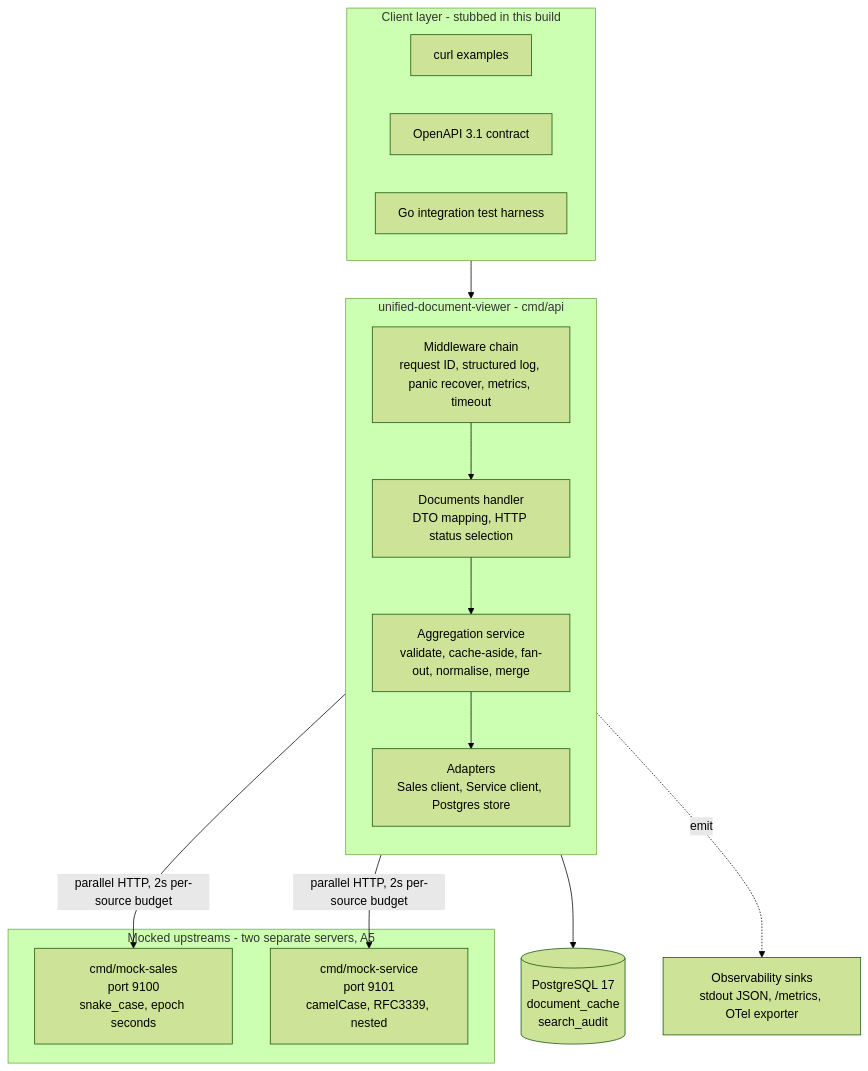
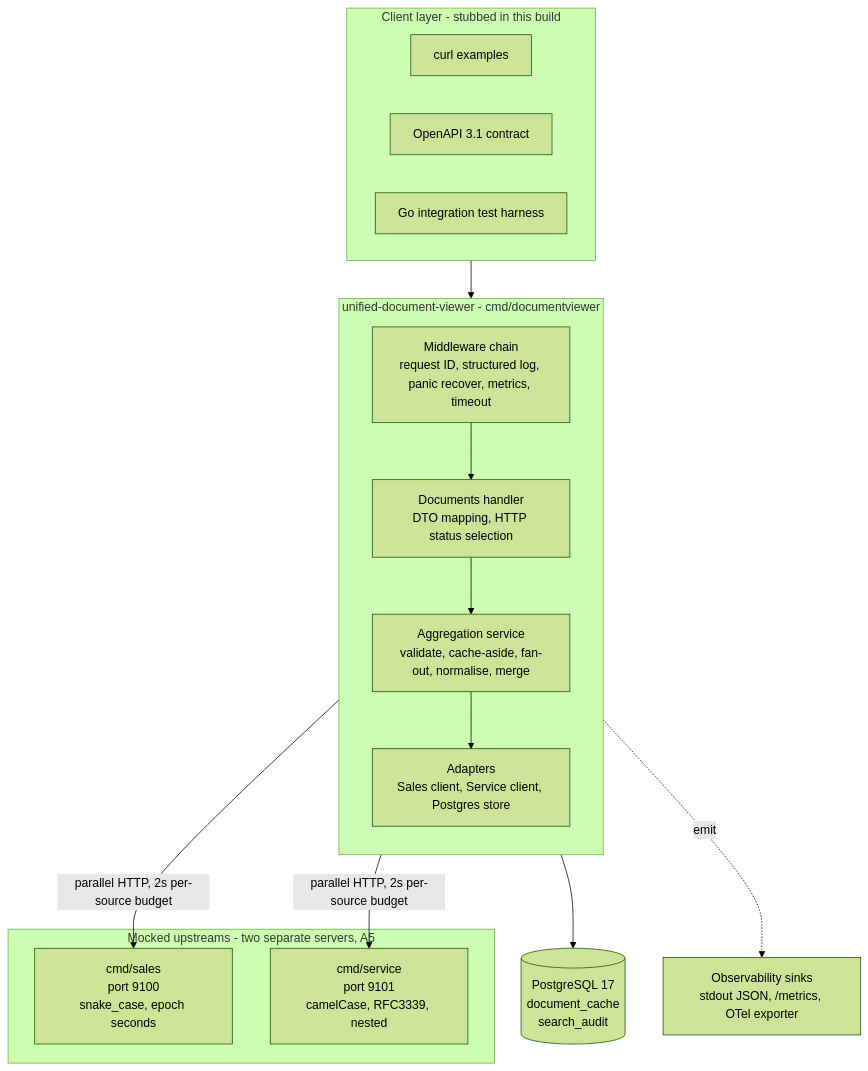
The third of 7 diagrams in docs/design/SYSTEM_DESIGN.md (ducnd58233/keyloop-coding-challenge), drawn with Mermaid (forest theme) before and after one commit. The commit also changed other lines of this file and 3 other files, not shown here.

````diff
--- a/docs/design/SYSTEM_DESIGN.md
+++ b/docs/design/SYSTEM_DESIGN.md
@@ -338,33 +338,33 @@
 ```mermaid
 flowchart TB
     subgraph clients["Client layer - stubbed in this build"]
         C1["curl examples"]
         C2["OpenAPI 3.1 contract"]
         C3["Go integration test harness"]
     end
 
-    subgraph app["unified-document-viewer - cmd/api"]
+    subgraph app["unified-document-viewer - cmd/documentviewer"]
         direction TB
         MW["Middleware chain<br/>request ID, structured log, panic recover, metrics, timeout"]
         HDL["Documents handler<br/>DTO mapping, HTTP status selection"]
         AGG["Aggregation service<br/>validate, cache-aside, fan-out, normalise, merge"]
         ADP["Adapters<br/>Sales client, Service client, Postgres store"]
         MW --> HDL
         HDL --> AGG
         AGG --> ADP
     end
 
     subgraph mocks["Mocked upstreams - two separate servers, A5"]
-        SALES["cmd/mock-sales<br/>port 9100<br/>snake_case, epoch seconds"]
-        SERVICE["cmd/mock-service<br/>port 9101<br/>camelCase, RFC3339, nested"]
+        SALES["cmd/sales<br/>port 9100<br/>snake_case, epoch seconds"]
+        SERVICE["cmd/service<br/>port 9101<br/>camelCase, RFC3339, nested"]
     end
 
     DB[("PostgreSQL 17<br/>document_cache<br/>search_audit")]
     OBS["Observability sinks<br/>stdout JSON, /metrics, OTel exporter"]
 
     clients --> MW
     ADP -->|"parallel HTTP, 2s per-source budget"| SALES
     ADP -->|"parallel HTTP, 2s per-source budget"| SERVICE
     ADP --> DB
     app -.->|"emit"| OBS
 ```
````
